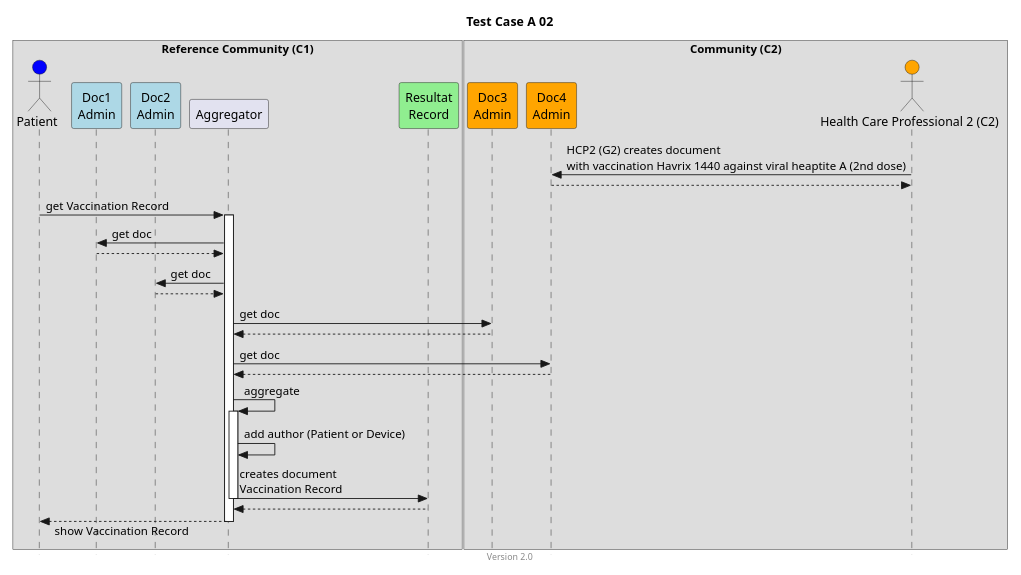
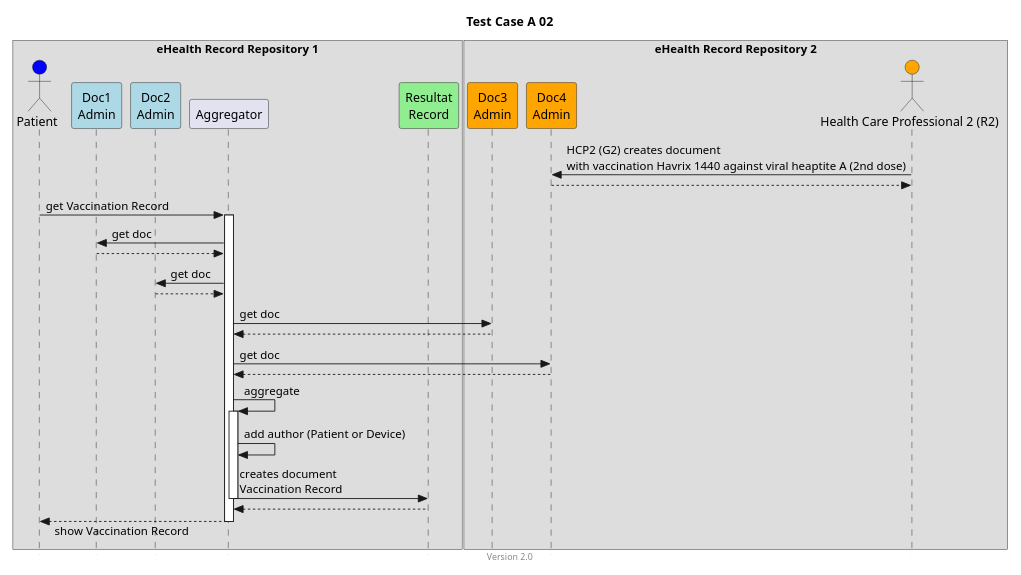
The diagram in input/images-source/TCA02.plantuml (hl7ch/ch-vacd), drawn with PlantUML before and after one commit. The commit also changed 26 other files, not shown here.

```diff
--- a/input/images-source/TCA02.plantuml
+++ b/input/images-source/TCA02.plantuml
@@ -1,50 +1,50 @@
 @startuml
 title Test Case A 02
 footer Version 2.0
 skinparam responseMessageBelowArrow true
 skinparam style strictuml
 scale max 800 width
 
 
-box "Reference Community (C1)"
+box "eHealth Record Repository 1"
 actor "Patient" as PAT #blue
 participant "Doc1\nAdmin" as Doc1 #lightblue
 participant "Doc2\nAdmin" as Doc2  #lightblue
 participant Aggregator as AGG
 participant "Resultat\nRecord" as RES #lightgreen
 end box
 
-box "Community (C2)"
+box "eHealth Record Repository 2"
 participant "Doc3\nAdmin" as Doc3 #orange
 participant "Doc4\nAdmin" as Doc4 #orange
-actor "Health Care Professional 2 (C2)" as HCP2_C2 #orange
+actor "Health Care Professional 2 (R2)" as HCP2_C2 #orange
 end box
 
 HCP2_C2 -> Doc4: HCP2 (G2) creates document\nwith vaccination Havrix 1440 against viral heaptite A (2nd dose)
 HCP2_C2 <-- Doc4
 
 PAT -> AGG: get Vaccination Record
 activate AGG
 
 AGG -> Doc1: get doc
 AGG <-- Doc1
 
 AGG -> Doc2: get doc
 AGG <-- Doc2
 
 AGG -> Doc3: get doc
 AGG <-- Doc3
 
 AGG -> Doc4: get doc
 AGG <-- Doc4
 
 AGG -> AGG: aggregate
 activate AGG
 AGG -> AGG: add author (Patient or Device)
 AGG -> RES: creates document\nVaccination Record
 deactivate AGG
 AGG <-- RES
 PAT <-- AGG: show Vaccination Record
 deactivate AGG
 
 @enduml
```
